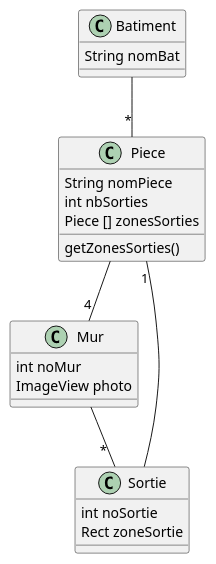
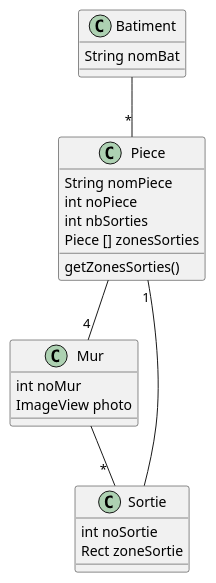
The diagram in app/src/UML/Construction.puml (alexandreantunesmnds/HouseMap), drawn with PlantUML before and after one commit. The commit also changed 2 other files, not shown here.

Commit message:
Ajout de la classe Piece et Mur

```diff
--- a/app/src/UML/Construction.puml
+++ b/app/src/UML/Construction.puml
@@ -1,33 +1,34 @@
 @startuml
 'https://plantuml.com/class-diagram
 class Batiment{
 String nomBat
 }
 
 class Piece {
 String nomPiece
+int noPiece
 int nbSorties
 Piece [] zonesSorties
 getZonesSorties()
 }
 class Sortie{
 int noSortie
 Rect zoneSortie
 }
 
 class Mur {
 int noMur
 ImageView photo
 }
 'class MainActivity{
 'Button Construction
 'Button Simulation
 'onCreate()
 '}
 
 Batiment--"*"Piece
 Piece--"4"Mur
 Sortie -- "1" Piece
 Mur--"                  *"Sortie
 
 @enduml
```
